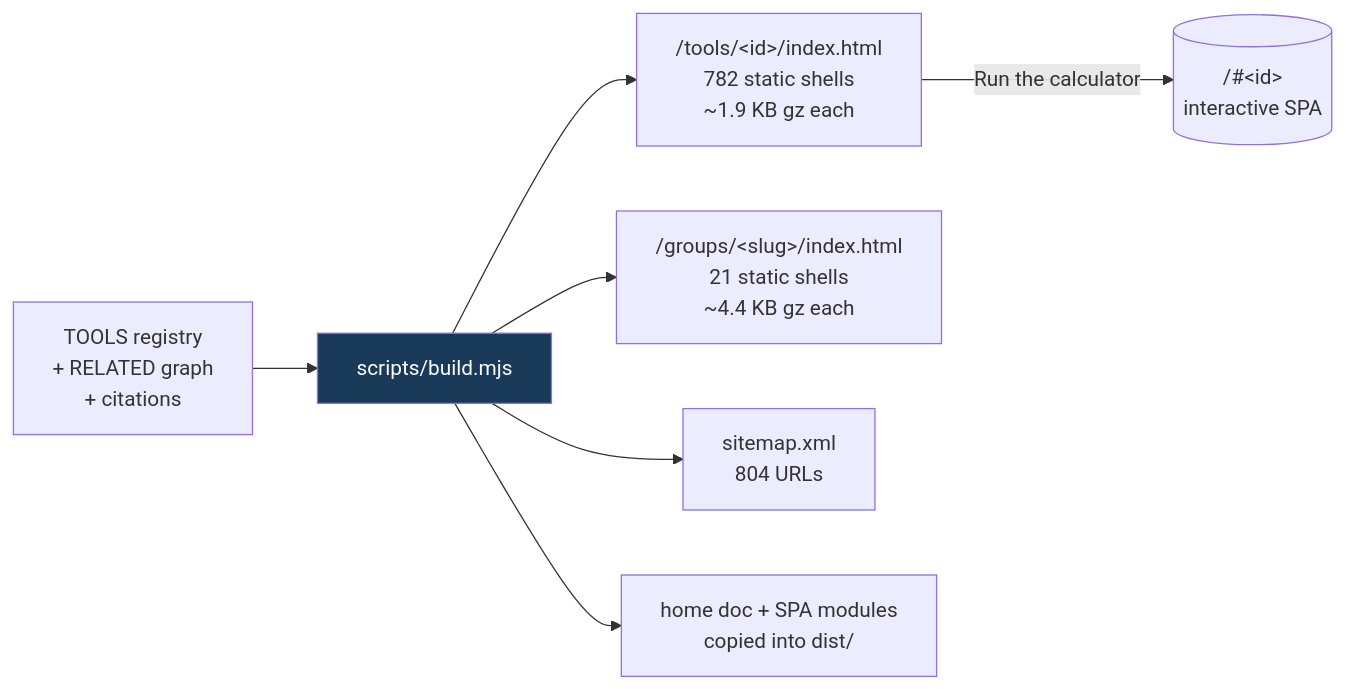
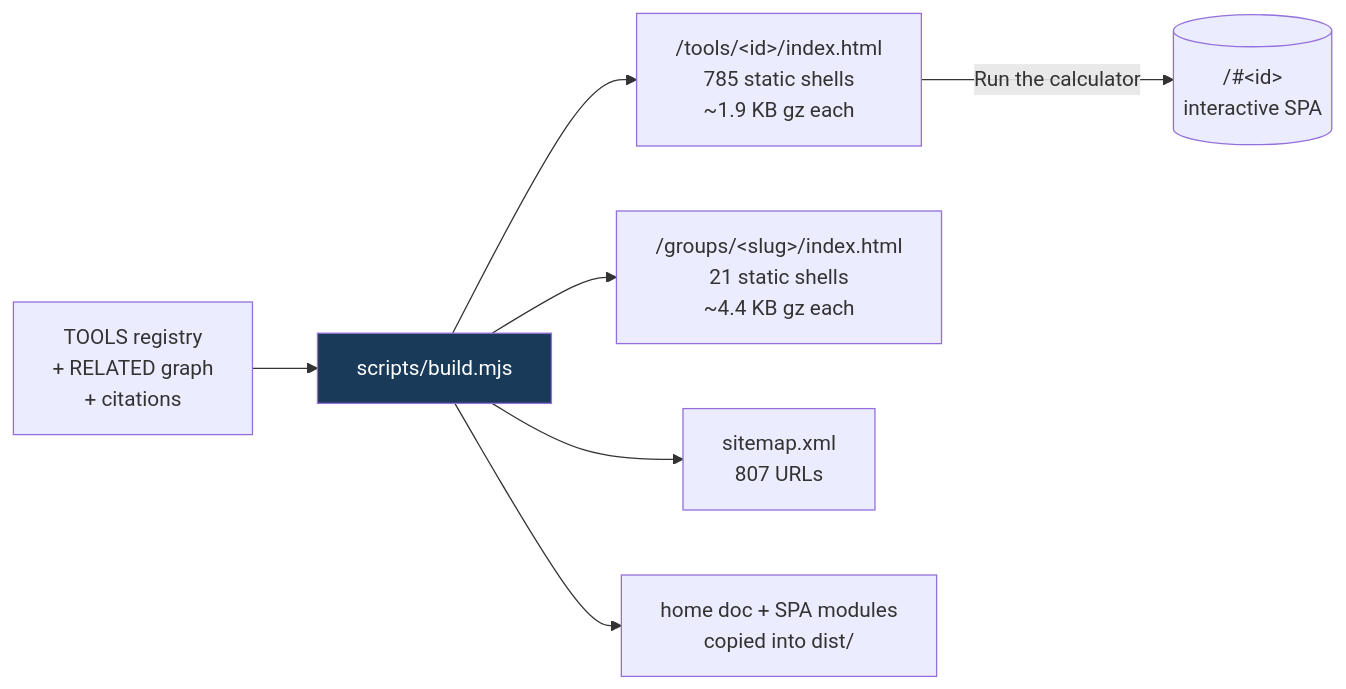
Before and after one commit to clay-good/roughlogic.com: the fifth of 8 diagrams in README.md, drawn with Mermaid. The commit also changed other lines of this file and 18 other files, not shown here.

````diff
--- a/README.md
+++ b/README.md
@@ -495,10 +495,10 @@
 ```mermaid
 flowchart LR
     SRC[TOOLS registry\n+ RELATED graph\n+ citations] --> BUILD[scripts/build.mjs]
-    BUILD --> TILE["/tools/&lt;id&gt;/index.html\n782 static shells\n~1.9 KB gz each"]
+    BUILD --> TILE["/tools/&lt;id&gt;/index.html\n785 static shells\n~1.9 KB gz each"]
     BUILD --> GROUP["/groups/&lt;slug&gt;/index.html\n21 static shells\n~4.4 KB gz each"]
-    BUILD --> MAP["sitemap.xml\n804 URLs"]
+    BUILD --> MAP["sitemap.xml\n807 URLs"]
     BUILD --> COPY[home doc + SPA modules\ncopied into dist/]
     TILE -->|Run the calculator| SPA[("/#&lt;id&gt;\ninteractive SPA")]
     style BUILD fill:#1a3a5a,color:#fff
 ```
````
